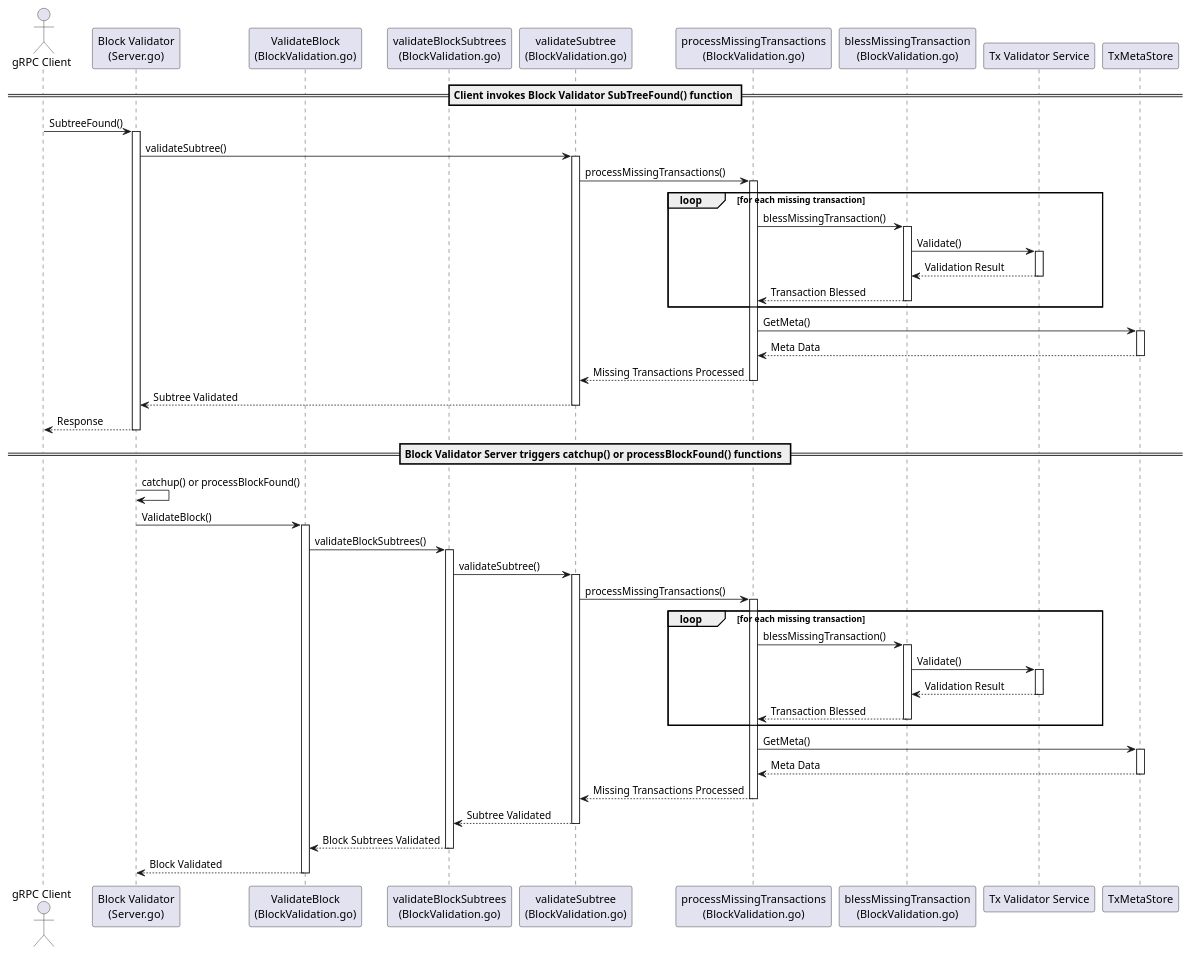
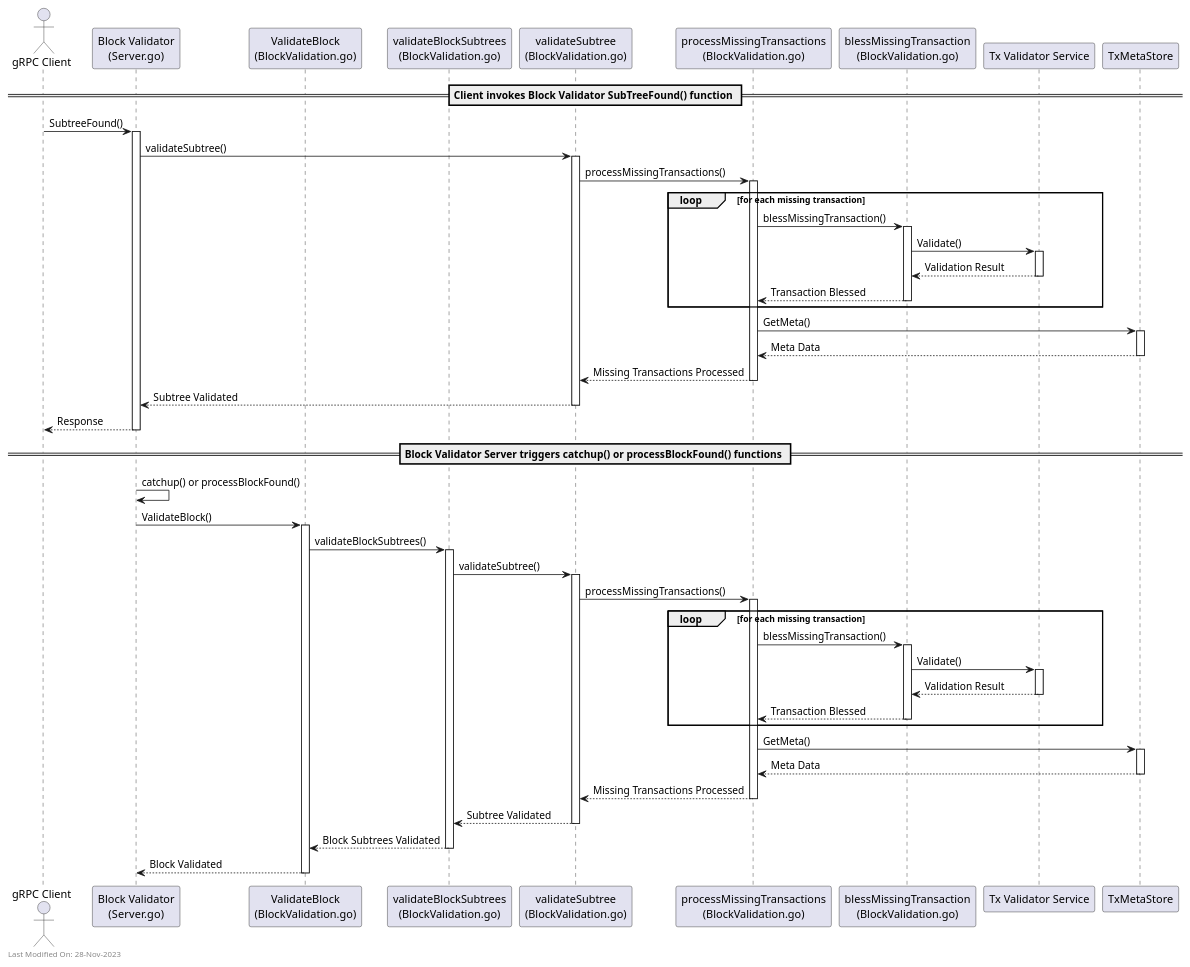
The diagram in docs/services/img/plantuml/txmeta/tx_meta_validate_subtree.puml (freemans13/teranode), drawn with PlantUML before and after one commit. The commit also changed 151 other files, not shown here.

Commit message:
Documentation - Correct PlantUML diagrams and timestamp them for traceability

```diff
--- a/docs/services/img/plantuml/txmeta/tx_meta_validate_subtree.puml
+++ b/docs/services/img/plantuml/txmeta/tx_meta_validate_subtree.puml
@@ -1,95 +1,98 @@
 @startuml
 actor "gRPC Client" as Client
 participant "Block Validator\n(Server.go)" as ServerInternal
 participant "ValidateBlock\n(BlockValidation.go)" as ValidateBlock
 participant "validateBlockSubtrees\n(BlockValidation.go)" as ValidateBlockSubtrees
 participant "validateSubtree\n(BlockValidation.go)" as ValidateSubtree
 participant "processMissingTransactions\n(BlockValidation.go)" as ProcessMissingTx
 participant "blessMissingTransaction\n(BlockValidation.go)" as BlessMissingTx
 participant "Tx Validator Service" as TxValidator
 participant "TxMetaStore" as TxMetaStore
 
 == Client invokes Block Validator SubTreeFound() function ==
 Client -> ServerInternal: SubtreeFound()
 activate ServerInternal
 
 ServerInternal -> ValidateSubtree: validateSubtree()
 activate ValidateSubtree
 
 ValidateSubtree -> ProcessMissingTx: processMissingTransactions()
 activate ProcessMissingTx
 
 loop for each missing transaction
     ProcessMissingTx -> BlessMissingTx: blessMissingTransaction()
     activate BlessMissingTx
 
     BlessMissingTx -> TxValidator: Validate()
     activate TxValidator
     TxValidator --> BlessMissingTx: Validation Result
     deactivate TxValidator
 
     BlessMissingTx --> ProcessMissingTx: Transaction Blessed
     deactivate BlessMissingTx
 end
 
 ProcessMissingTx -> TxMetaStore: GetMeta()
 activate TxMetaStore
 TxMetaStore --> ProcessMissingTx: Meta Data
 deactivate TxMetaStore
 
 ProcessMissingTx --> ValidateSubtree: Missing Transactions Processed
 deactivate ProcessMissingTx
 
 ValidateSubtree --> ServerInternal: Subtree Validated
 deactivate ValidateSubtree
 
 ServerInternal --> Client: Response
 deactivate ServerInternal
 
 == Block Validator Server triggers catchup() or processBlockFound() functions ==
 
 ServerInternal -> ServerInternal: catchup() or processBlockFound()
 
 
 ServerInternal -> ValidateBlock: ValidateBlock()
 activate ValidateBlock
 
 ValidateBlock -> ValidateBlockSubtrees: validateBlockSubtrees()
 activate ValidateBlockSubtrees
 
 ValidateBlockSubtrees -> ValidateSubtree: validateSubtree()
 activate ValidateSubtree
 
 ValidateSubtree -> ProcessMissingTx: processMissingTransactions()
 activate ProcessMissingTx
 
 loop for each missing transaction
     ProcessMissingTx -> BlessMissingTx: blessMissingTransaction()
     activate BlessMissingTx
 
     BlessMissingTx -> TxValidator: Validate()
     activate TxValidator
     TxValidator --> BlessMissingTx: Validation Result
     deactivate TxValidator
 
     BlessMissingTx --> ProcessMissingTx: Transaction Blessed
     deactivate BlessMissingTx
 end
 
 ProcessMissingTx -> TxMetaStore: GetMeta()
 activate TxMetaStore
 TxMetaStore --> ProcessMissingTx: Meta Data
 deactivate TxMetaStore
 
 ProcessMissingTx --> ValidateSubtree: Missing Transactions Processed
 deactivate ProcessMissingTx
 
 ValidateSubtree --> ValidateBlockSubtrees: Subtree Validated
 deactivate ValidateSubtree
 
 ValidateBlockSubtrees --> ValidateBlock: Block Subtrees Validated
 deactivate ValidateBlockSubtrees
 
 ValidateBlock --> ServerInternal: Block Validated
 deactivate ValidateBlock
+
+left footer Last Modified On: 28-Nov-2023
+
 @enduml
```
